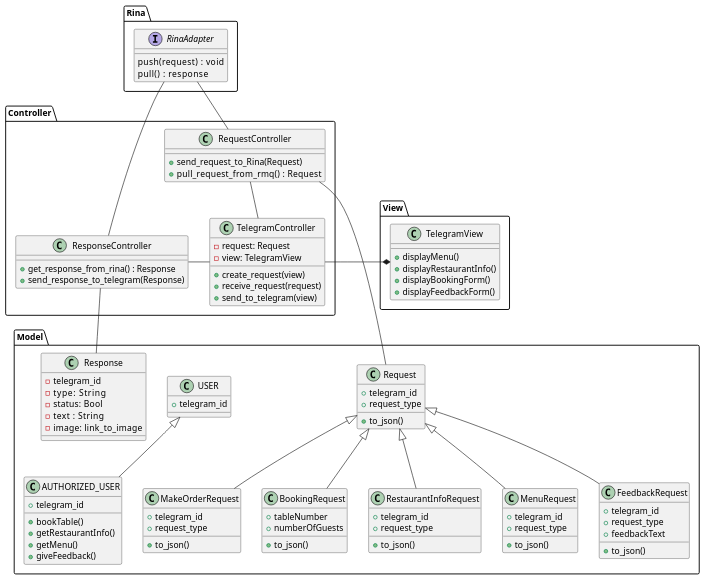
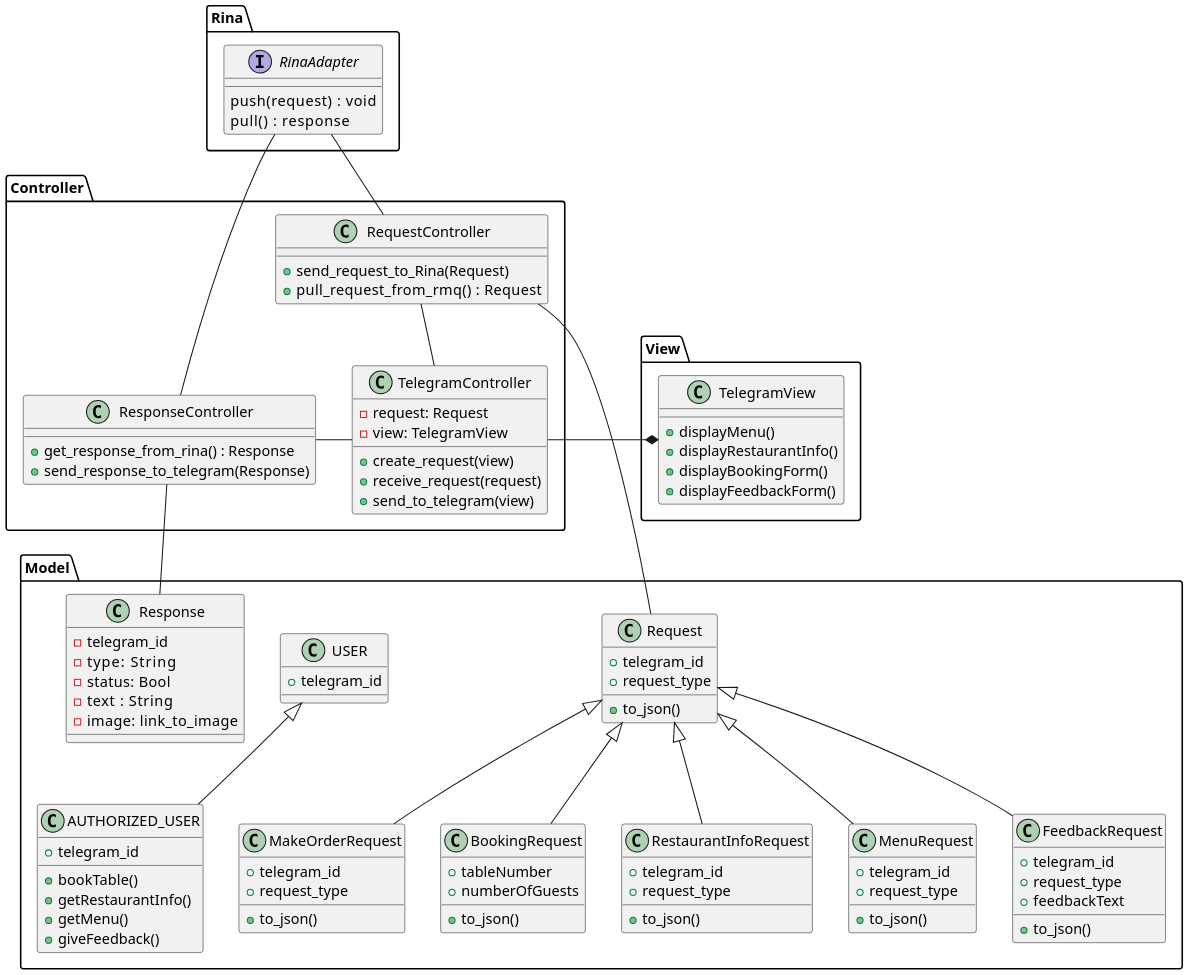
One commit to limpwinter/rina_connector changed the diagram in diagrams/class_diagram.puml. Above: the diagram before and after it, drawn with PlantUML. The commit also changed 2 other files, not shown here.

Commit message:
Updated diagrams

```diff
--- a/diagrams/class_diagram.puml
+++ b/diagrams/class_diagram.puml
@@ -1,130 +1,131 @@
 @startuml
 
-
+scale  2048 width
+scale  1600 height
 package "Model" {
 
 'class RabbitMQ{
 '-Producer
 '-Consumer
 '}
 class USER {
   +telegram_id
 }
 
 class AUTHORIZED_USER {
   +telegram_id
   +bookTable()
   +getRestaurantInfo()
   +getMenu()
   +giveFeedback()
 }
   class Response{
   -telegram_id
   -type:    String
   -status:  Bool
   -text :   String
   -image:   link_to_image
 
 
   }
 
   class Request {
     +telegram_id
     +request_type
     +to_json()
   }
   class MakeOrderRequest{
   +telegram_id
     +request_type
     +to_json()
   }
 
   class BookingRequest {
 
     +tableNumber
     +numberOfGuests
      +to_json()
   }
 
   class RestaurantInfoRequest {
     +telegram_id
     +request_type
      +to_json()
   }
 
   class MenuRequest {
     +telegram_id
     +request_type
      +to_json()
   }
 
   class FeedbackRequest {
     +telegram_id
     +request_type
     +feedbackText
      +to_json()
   }
 
 
 }
 
 package "View" {
   class TelegramView {
     +displayMenu()
     +displayRestaurantInfo()
     +displayBookingForm()
     +displayFeedbackForm()
   }
 }
 
 package Rina {
 interface RinaAdapter{
 push(request)  :   void
 pull()  :   response
 }
 
 }
 package "Controller" {
 
 '  class RMQController{
 '  +send_request_to_rmq()
 '  }
   class ResponseController{
 '  +receive_response_from_rmq()
   +get_response_from_rina() : Response
   +send_response_to_telegram(Response)
   }
   class RequestController{
 '  -request:Request
   +send_request_to_Rina(Request)
   +pull_request_from_rmq()  :   Request
   }
   class TelegramController {
     -request: Request
     -view: TelegramView
 
     +create_request(view)
     +receive_request(request)
     +send_to_telegram(view)
   }
 }
 Request <|-- BookingRequest
 Request <|-- MakeOrderRequest
 
 Request <|-- RestaurantInfoRequest
 Request <|-- MenuRequest
 Request <|-- FeedbackRequest
 'TelegramView *--
 TelegramController -right-* TelegramView
 'ResponseController -> TelegramController
 RinaAdapter -- RequestController
 RinaAdapter -- ResponseController
 ResponseController - TelegramController
 RequestController -- TelegramController
 ResponseController -- Response
 RequestController - Request
 USER <|-- AUTHORIZED_USER
 'TelegramController --> Request
 'RMQController --> RabbitMQ
 
 @enduml
```
